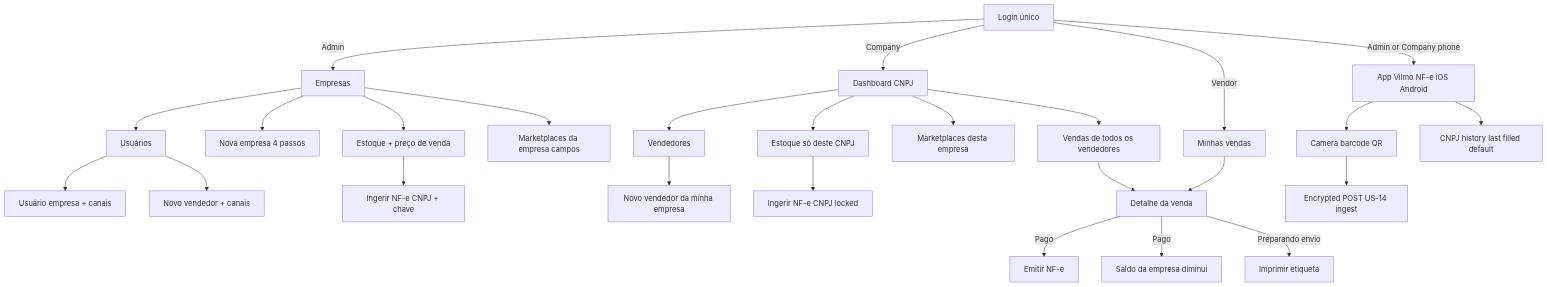
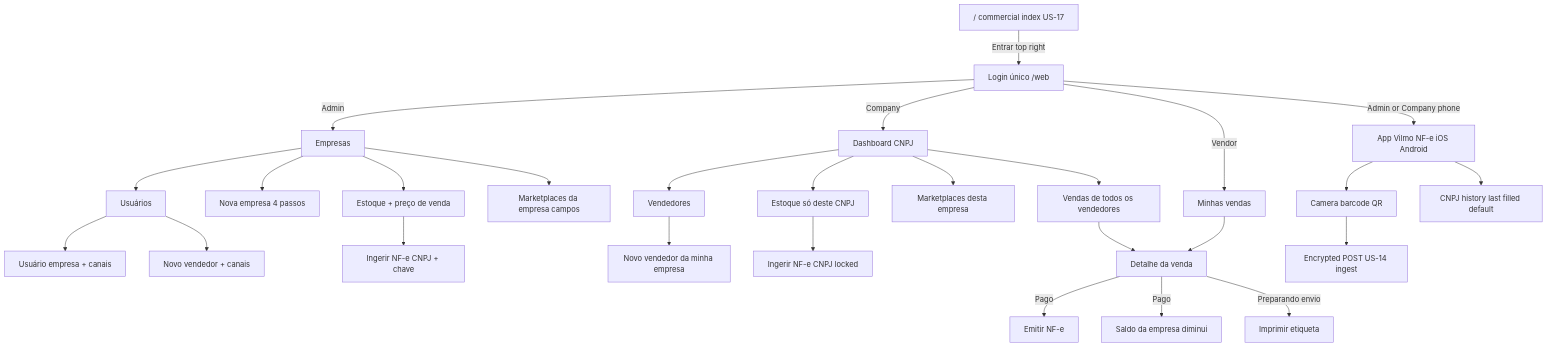
Before and after one commit to andrevilmo/VilmoMarketingEngine: the first of 2 diagrams in MD/WIREFRAMES.md, drawn with Mermaid. The commit also changed other lines of this file and 5 other files, not shown here.

First line of the commit message:
Plan US-17 public commercial index at / with SEO and Entrar to /web

````diff
--- a/MD/WIREFRAMES.md
+++ b/MD/WIREFRAMES.md
@@ -26,33 +27,34 @@
 ```mermaid
 flowchart TD
-  login[Login único]
+  home["/ commercial index US-17"]
+  home -->|Entrar top right| login[Login único /web]
   login -->|Admin| empresas[Empresas]
   login -->|Company| dashEmp[Dashboard CNPJ]
   login -->|Vendor| minhasVendas[Minhas vendas]
   login -->|Admin or Company phone| appNfe[App Vilmo NF-e iOS Android]
 
   empresas --> wizard[Nova empresa 4 passos]
   empresas --> users[Usuários]
   users --> userEmp[Usuário empresa + canais]
   users --> vendorA[Novo vendedor + canais]
   empresas --> mktA[Marketplaces da empresa campos]
   empresas --> estoqueA[Estoque + preço de venda]
   estoqueA --> ingestA[Ingerir NF-e CNPJ + chave]
 
   dashEmp --> vendedores[Vendedores]
   vendedores --> vendorC[Novo vendedor da minha empresa]
   dashEmp --> mktC[Marketplaces desta empresa]
   dashEmp --> estoqueC[Estoque só deste CNPJ]
   estoqueC --> ingestC[Ingerir NF-e CNPJ locked]
   dashEmp --> vendasEmp[Vendas de todos os vendedores]
   vendasEmp --> detalhe[Detalhe da venda]
 
   appNfe --> scan[Camera barcode QR]
   appNfe --> cnpjHist[CNPJ history last filled default]
   scan --> encPost[Encrypted POST US-14 ingest]
 
   minhasVendas --> detalhe
   detalhe -->|Pago| nfe[Emitir NF-e]
   detalhe -->|Pago| stockDown[Saldo da empresa diminui]
   detalhe -->|Preparando envio| etiqueta[Imprimir etiqueta]
 ```
````
